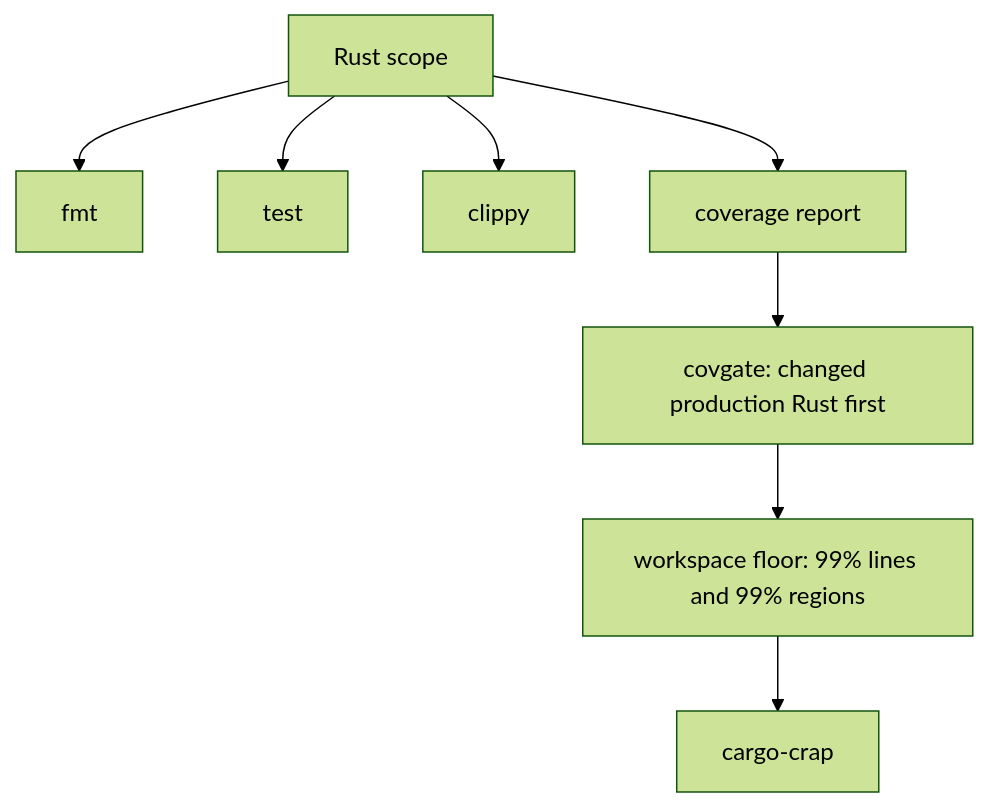
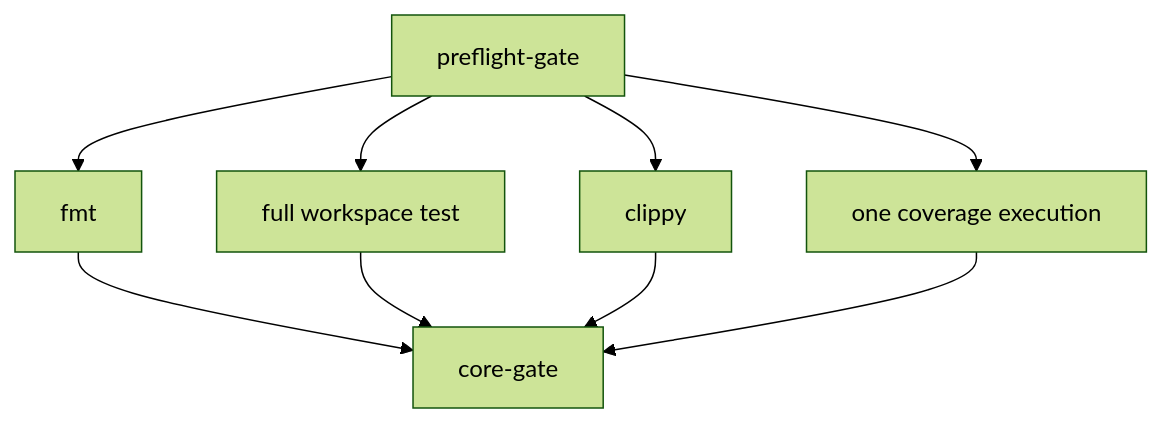
Before and after one commit to arceushui/pigloros: the sixth of 14 diagrams in CONTRIBUTING.md, drawn with Mermaid (forest theme). The commit also changed other lines of this file and 10 other files, not shown here.

````diff
--- a/CONTRIBUTING.md
+++ b/CONTRIBUTING.md
@@ -145,10 +184,11 @@
 ```mermaid
 flowchart TD
-    S["Rust scope"] --> F["fmt"]
-    S --> T["test"]
-    S --> C["clippy"]
-    S --> V["coverage report"]
-    V --> N["covgate: changed production Rust first"]
-    N --> W["workspace floor: 99% lines and 99% regions"]
-    W --> CR["cargo-crap"]
+    P["preflight-gate"] --> F["fmt"]
+    P --> T["full workspace test"]
+    P --> C["clippy"]
+    P --> V["one coverage execution"]
+    F --> G["core-gate"]
+    T --> G
+    C --> G
+    V --> G
 ```
````
